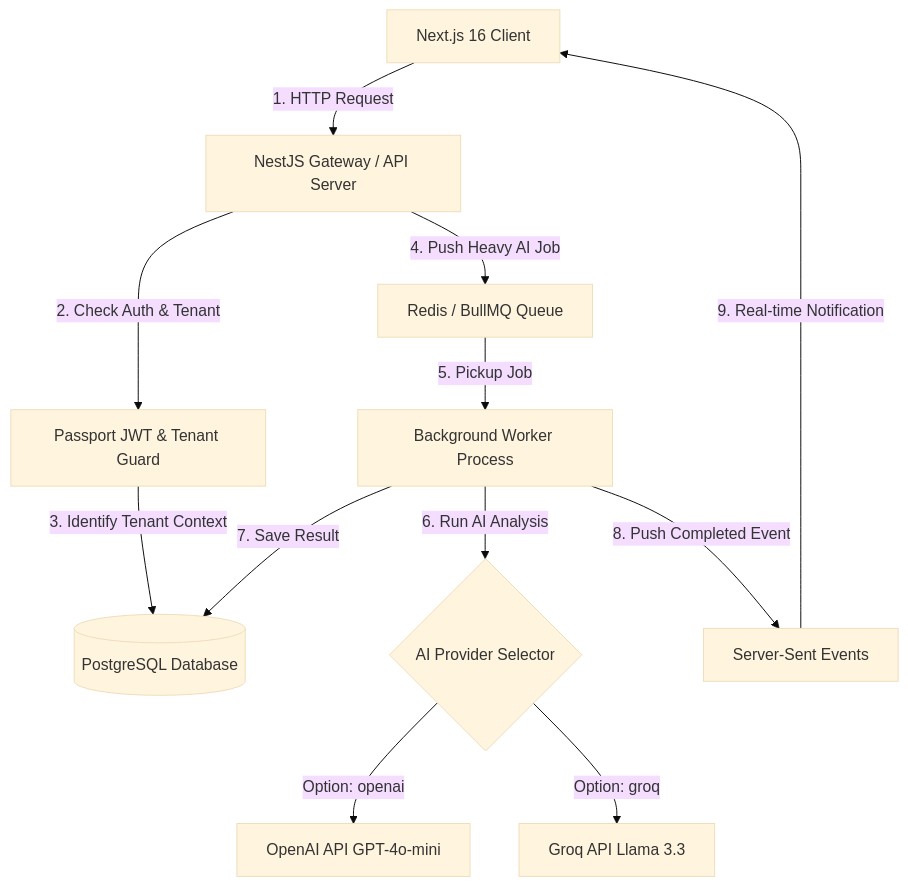
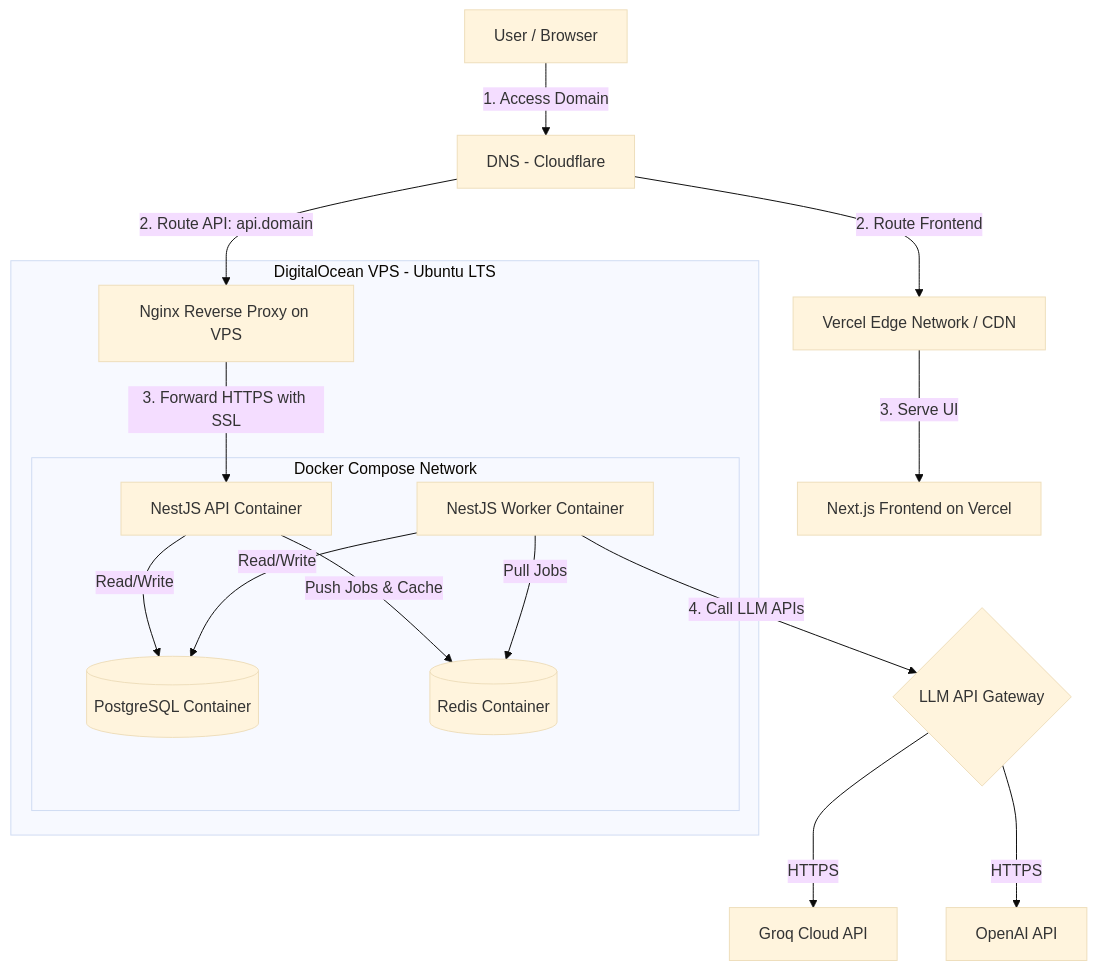
Before and after one commit to MinhThuan1807/crm-saas: the first of 4 diagrams in README.md, drawn with Mermaid (base theme). The commit also changed other lines of this file, not shown here.

````diff
--- a/README.md
+++ b/README.md
@@ -71,15 +53,33 @@
 ```mermaid
 graph TD
-    Client[Next.js 16 Client] -->|1. HTTP Request| Gateway[NestJS Gateway / API Server]
-    Gateway -->|2. Check Auth & Tenant| Guard[Passport JWT & Tenant Guard]
-    Guard -->|3. Identify Tenant Context| DB[(PostgreSQL Database)]
-    
-    Gateway -->|4. Push Heavy AI Job| Queue[Redis / BullMQ Queue]
-    Queue -->|5. Pickup Job| Worker[Background Worker Process]
-    Worker -->|6. Run AI Analysis| AI_Selector{AI Provider Selector}
-    AI_Selector -->|Option: openai| OpenAI[OpenAI API GPT-4o-mini]
-    AI_Selector -->|Option: groq| Groq[Groq API Llama 3.3]
-    Worker -->|7. Save Result| DB
-    Worker -->|8. Push Completed Event| SSE[Server-Sent Events]
-    SSE -->|9. Real-time Notification| Client
+    User[User / Browser] -->|1. Access Domain| DNS[DNS - Cloudflare]
+
+    %% Frontend Routing
+    DNS -->|2. Route Frontend| Vercel[Vercel Edge Network / CDN]
+    Vercel -->|3. Serve UI| FE_App[Next.js Frontend on Vercel]
+
+    %% Backend Routing
+    DNS -->|2. Route API: api.domain| Nginx[Nginx Reverse Proxy on VPS]
+    Nginx -->|3. Forward HTTPS with SSL| BE_App[NestJS API Container]
+
+    subgraph VPS [DigitalOcean VPS - Ubuntu LTS]
+        Nginx
+        subgraph Docker_Compose [Docker Compose Network]
+            BE_App
+            Worker[NestJS Worker Container]
+            DB[(PostgreSQL Container)]
+            Redis[(Redis Container)]
+        end
+    end
+
+    %% Connections inside VPS
+    BE_App -->|Read/Write| DB
+    Worker -->|Read/Write| DB
+    BE_App -->|Push Jobs & Cache| Redis
+    Worker -->|Pull Jobs| Redis
+
+    %% Outbound Traffic
+    Worker -->|4. Call LLM APIs| LLM_Apis{LLM API Gateway}
+    LLM_Apis -->|HTTPS| Groq[Groq Cloud API]
+    LLM_Apis -->|HTTPS| OpenAI[OpenAI API]
 ```
````
